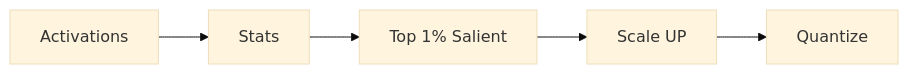
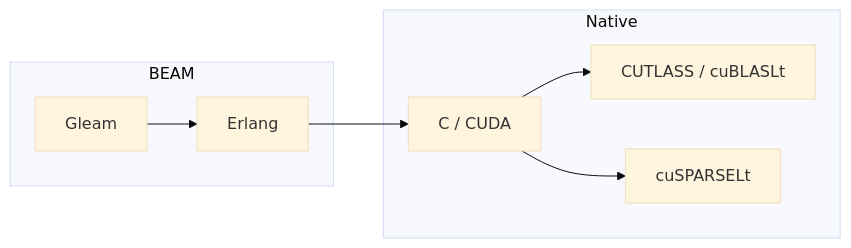
Before and after one commit to gabrielmaialva33/viva_tensor: the first of 2 diagrams in docs/en/paper.md, drawn with Mermaid (base theme). The commit also changed other lines of this file and 14 other files, not shown here.

````diff
--- a/docs/en/paper.md
+++ b/docs/en/paper.md
@@ -67,7 +33,14 @@
 ```mermaid
 flowchart LR
-    A[Activations] --> S[Stats]
-    S --> T["Top 1% Salient"]
-    T --> U["Scale UP"]
-    U --> Q[Quantize]
+    subgraph BEAM
+        G[Gleam]
+        E[Erlang]
+    end
+    subgraph Native
+        C[C / CUDA]
+        T[CUTLASS / cuBLASLt]
+        S[cuSPARSELt]
+    end
+    G --> E --> C --> T
+    C --> S
 ```
````
